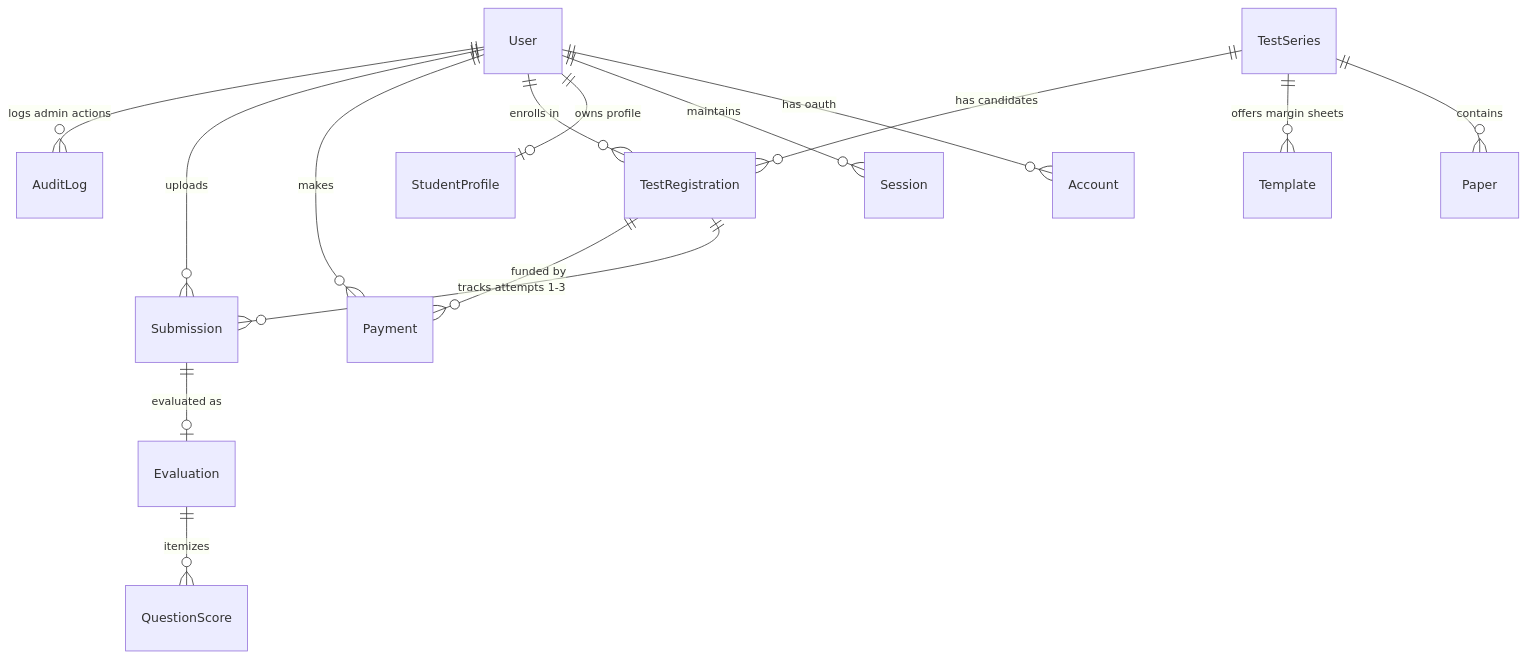
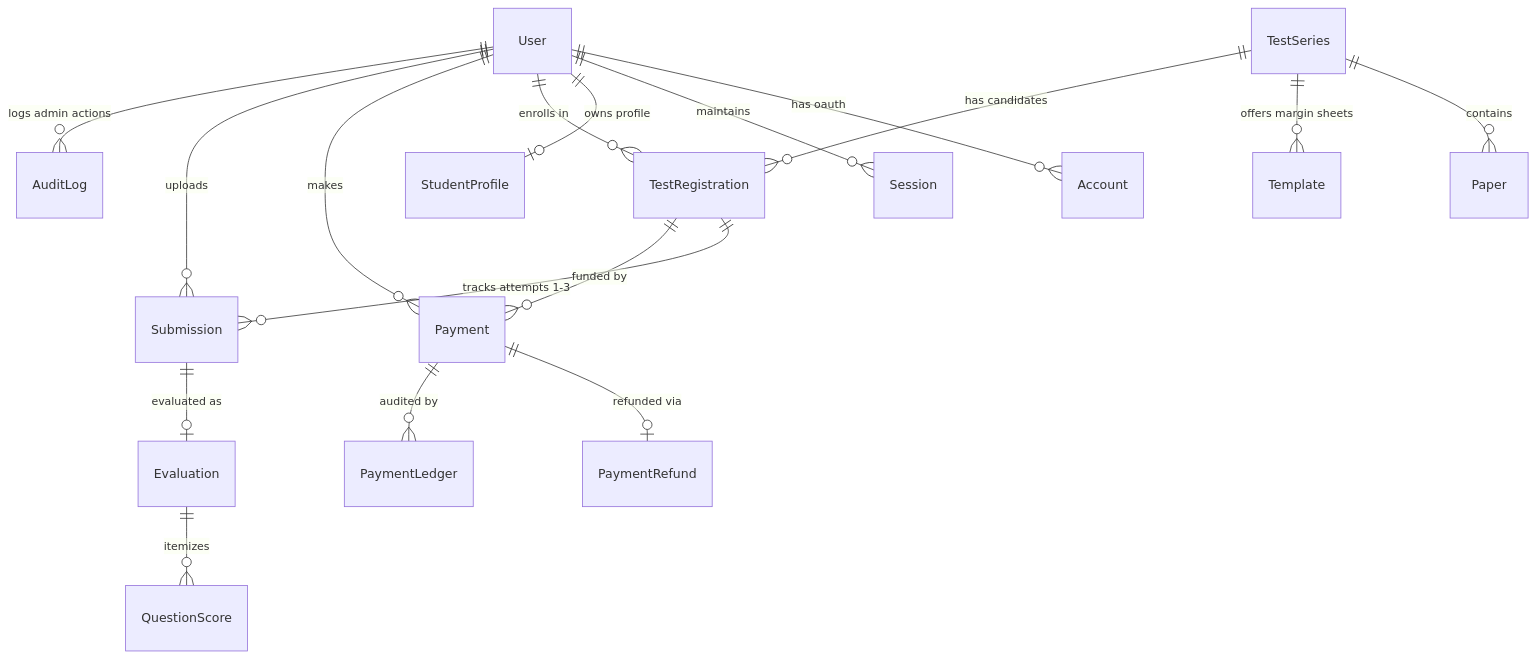
One commit to AbdulBasit2733/Verityra changed the second of 6 diagrams in Architecture.md. Above: the diagram before and after it, drawn with Mermaid. The commit also changed other lines of this file and 47 other files, not shown here.

````diff
--- a/Architecture.md
+++ b/Architecture.md
@@ -116,20 +117,23 @@
 ```mermaid
 erDiagram
     User ||--o{ Account : "has oauth"
     User ||--o{ Session : "maintains"
     User ||--o| StudentProfile : "owns profile"
     User ||--o{ TestRegistration : "enrolls in"
     User ||--o{ Payment : "makes"
     User ||--o{ Submission : "uploads"
     User ||--o{ AuditLog : "logs admin actions"
 
     TestSeries ||--o{ Paper : "contains"
     TestSeries ||--o{ Template : "offers margin sheets"
     TestSeries ||--o{ TestRegistration : "has candidates"
 
     TestRegistration ||--o{ Submission : "tracks attempts 1-3"
     TestRegistration ||--o{ Payment : "funded by"
 
+    Payment ||--o| PaymentRefund : "refunded via"
+    Payment ||--o{ PaymentLedger : "audited by"
+
     Submission ||--o| Evaluation : "evaluated as"
     Evaluation ||--o{ QuestionScore : "itemizes"
 ```
````
